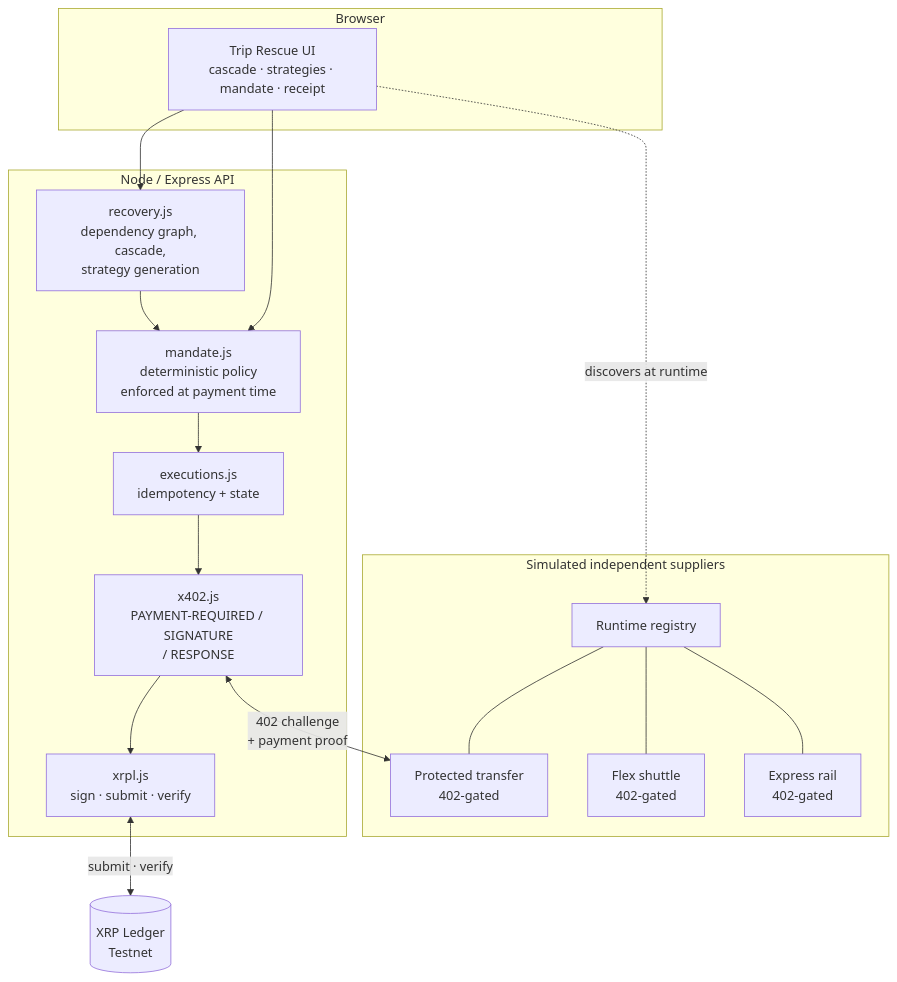
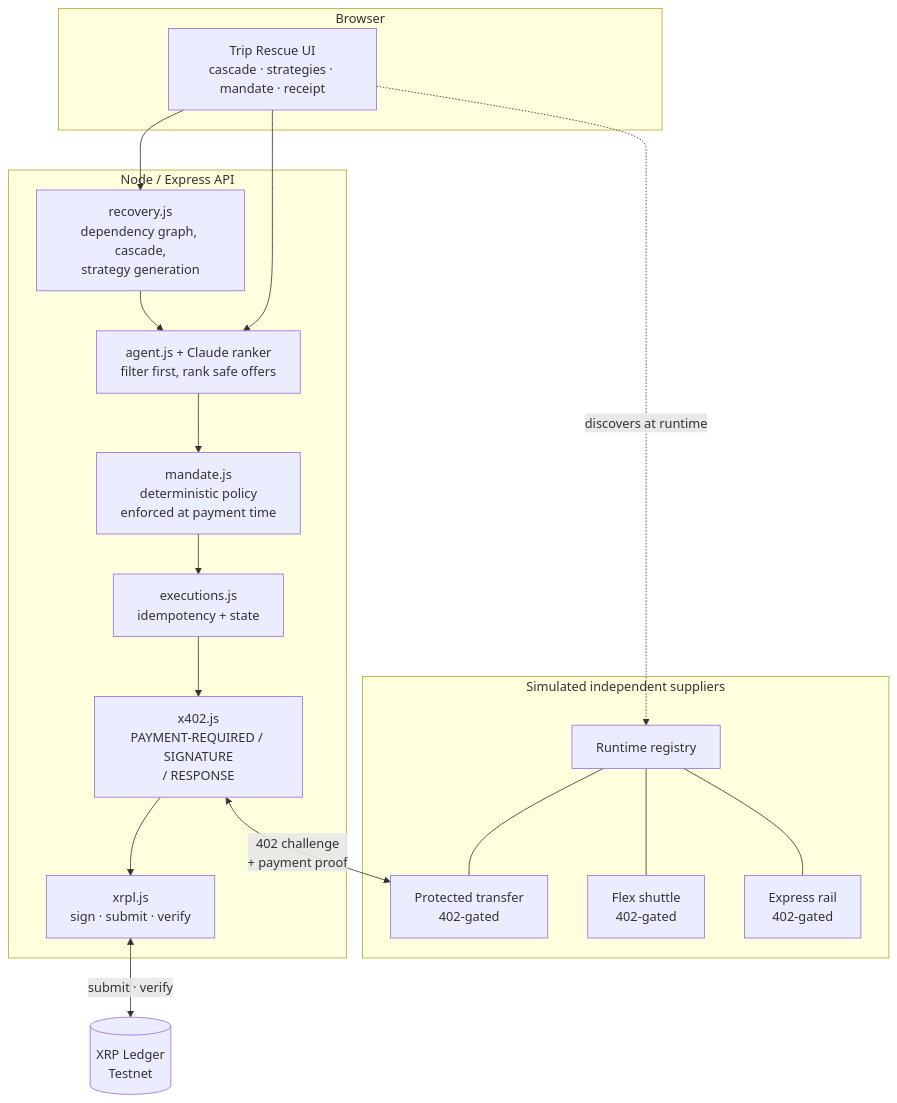
One commit to javerinetan/TripRescue changed the first of 2 diagrams in README.md. Above: the diagram before and after it, drawn with Mermaid. The commit also changed other lines of this file and 24 other files, not shown here.

````diff
--- a/README.md
+++ b/README.md
@@ -110,34 +112,36 @@
 ```mermaid
 flowchart TB
     subgraph client["Browser"]
         UI["Trip Rescue UI<br/>cascade · strategies · mandate · receipt"]
     end
 
     subgraph api["Node / Express API"]
         REC["recovery.js<br/>dependency graph, cascade,<br/>strategy generation"]
+        AGT["agent.js + Claude ranker<br/>filter first, rank safe offers"]
         MAN["mandate.js<br/>deterministic policy<br/>enforced at payment time"]
         EXE["executions.js<br/>idempotency + state"]
         X402["x402.js<br/>PAYMENT-REQUIRED / SIGNATURE<br/>/ RESPONSE"]
         XRPL["xrpl.js<br/>sign · submit · verify"]
     end
 
     subgraph suppliers["Simulated independent suppliers"]
         REG["Runtime registry"]
         S1["Protected transfer<br/>402-gated"]
         S2["Flex shuttle<br/>402-gated"]
         S3["Express rail<br/>402-gated"]
     end
 
     LEDGER[("XRP Ledger<br/>Testnet")]
 
     UI --> REC
-    UI --> MAN
-    REC --> MAN
+    UI --> AGT
+    REC --> AGT
+    AGT --> MAN
     MAN --> EXE
     EXE --> X402
     X402 --> XRPL
     UI -.discovers at runtime.-> REG
     REG --- S1 & S2 & S3
     X402 <-->|"402 challenge<br/>+ payment proof"| S1
     XRPL <-->|"submit · verify"| LEDGER
 ```
````
